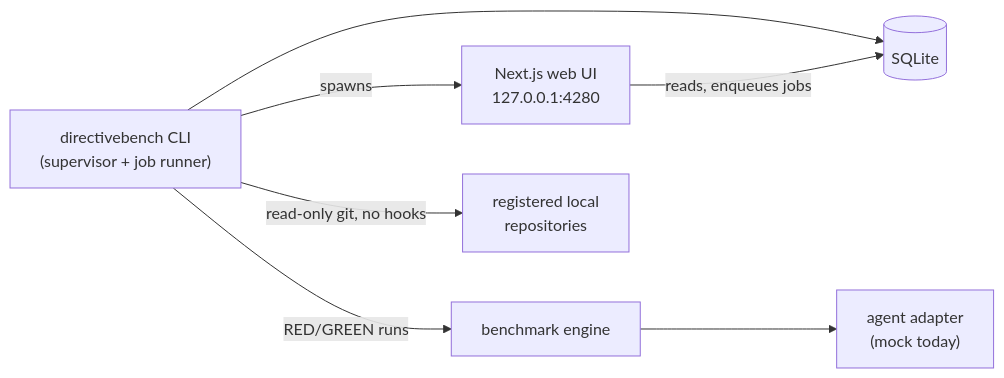
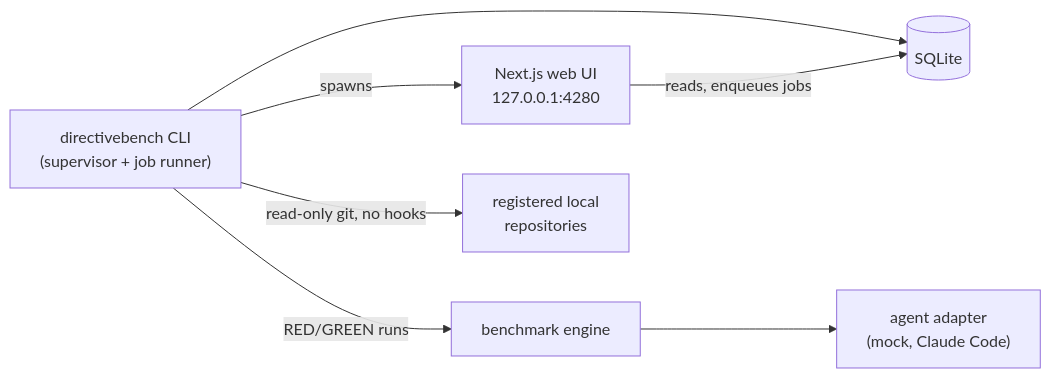
The diagram in README.md (MetaX5/DirectiveBench), drawn with Mermaid before and after one commit. The commit also changed other lines of this file and 2 other files, not shown here.

First line of the commit message:
docs(specs): record benchmark init and benchmark run (SPEC-118 Phase 4 steps 1-2)

````diff
--- a/README.md
+++ b/README.md
@@ -52,8 +55,8 @@
 ```mermaid
 flowchart LR
     CLI["directivebench CLI\n(supervisor + job runner)"] -->|spawns| WEB["Next.js web UI\n127.0.0.1:4280"]
     CLI --> DB[("SQLite\n<data dir>")]
     WEB -->|reads, enqueues jobs| DB
-    CLI -->|RED/GREEN runs| ENGINE["benchmark engine"] --> AGENT["agent adapter\n(mock today)"]
+    CLI -->|RED/GREEN runs| ENGINE["benchmark engine"] --> AGENT["agent adapter\n(mock, Claude Code)"]
     CLI -->|read-only git, no hooks| REPO["registered local\nrepositories"]
 ```
````
